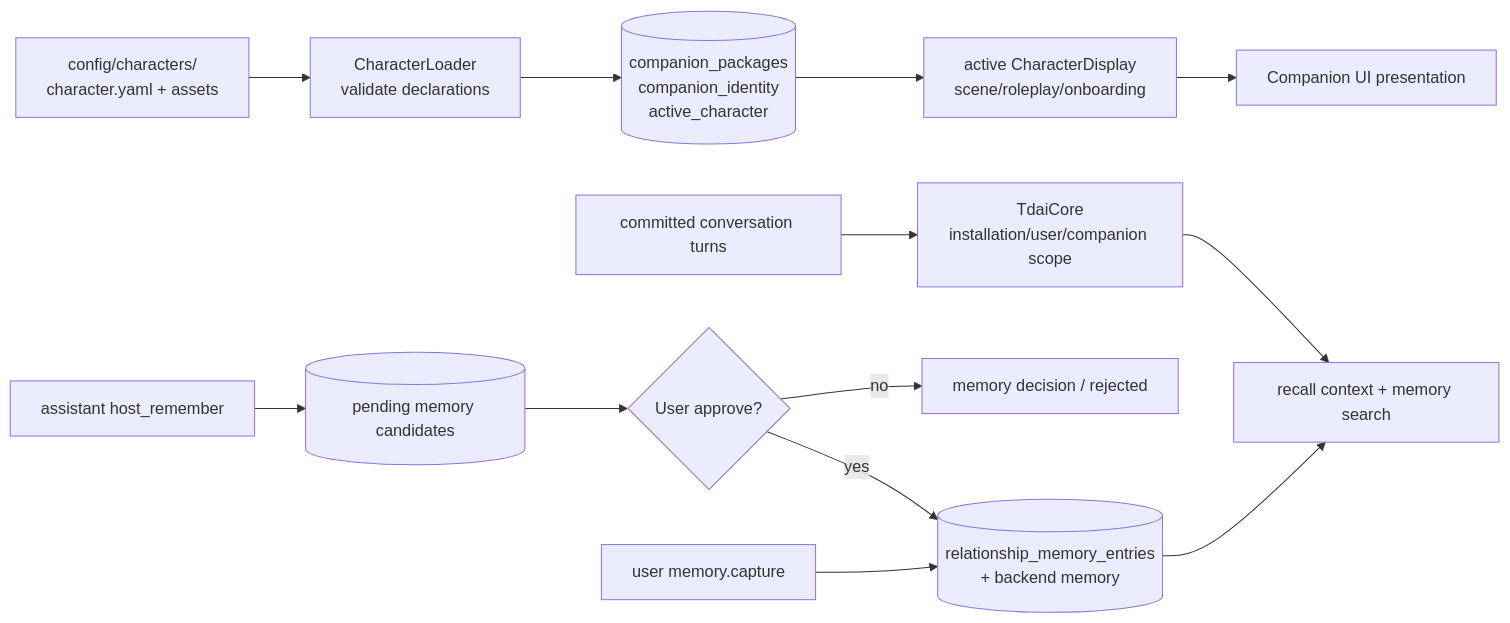
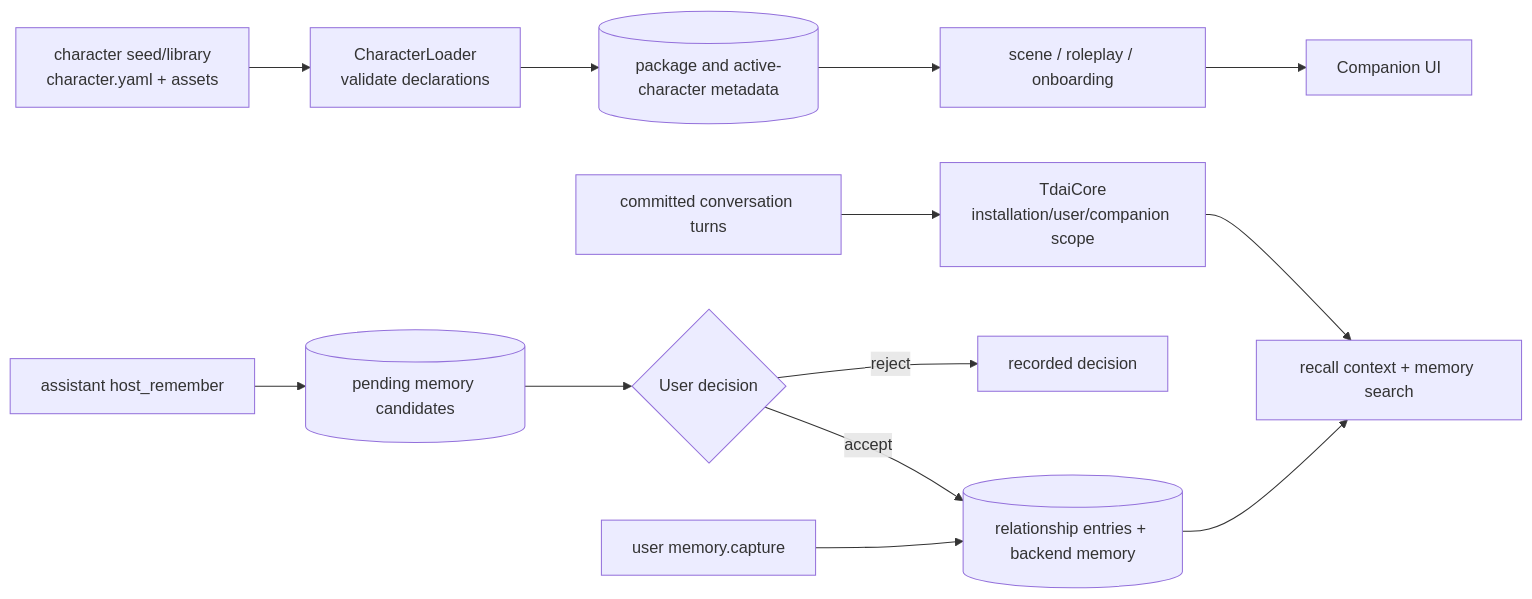
Before and after one commit to fltb/bear-harness: the sixth of 6 diagrams in docs/refernece/architecture.md, drawn with Mermaid. The commit also changed other lines of this file and 163 other files, not shown here.

````diff
--- a/docs/refernece/architecture.md
+++ b/docs/refernece/architecture.md
@@ -251,16 +241,16 @@
 ```mermaid
 flowchart LR
-    Root["config/characters/<id>\ncharacter.yaml + assets"] --> Loader["CharacterLoader\nvalidate declarations"]
-    Loader --> PackageDB[("companion_packages\ncompanion_identity\nactive_character")]
-    PackageDB --> Runtime["active CharacterDisplay\nscene/roleplay/onboarding"]
-    Runtime --> UI["Companion UI presentation"]
+    Root["character seed/library\ncharacter.yaml + assets"] --> Loader["CharacterLoader\nvalidate declarations"]
+    Loader --> PackageDB[("package and active-character metadata")]
+    PackageDB --> Runtime["scene / roleplay / onboarding"]
+    Runtime --> UI["Companion UI"]
 
     Turns["committed conversation turns"] --> Tdai["TdaiCore\ninstallation/user/companion scope"]
     Tdai --> Recall["recall context + memory search"]
     Suggest["assistant host_remember"] --> Candidates[("pending memory candidates")]
-    Candidates --> Decision{"User approve?"}
-    Decision -->|yes| Rel[("relationship_memory_entries\n+ backend memory")]
-    Decision -->|no| Reject["memory decision / rejected"]
+    Candidates --> Decision{"User decision"}
+    Decision -->|accept| Rel[("relationship entries + backend memory")]
+    Decision -->|reject| Rejected["recorded decision"]
     Explicit["user memory.capture"] --> Rel
     Rel --> Recall
 ```
````
